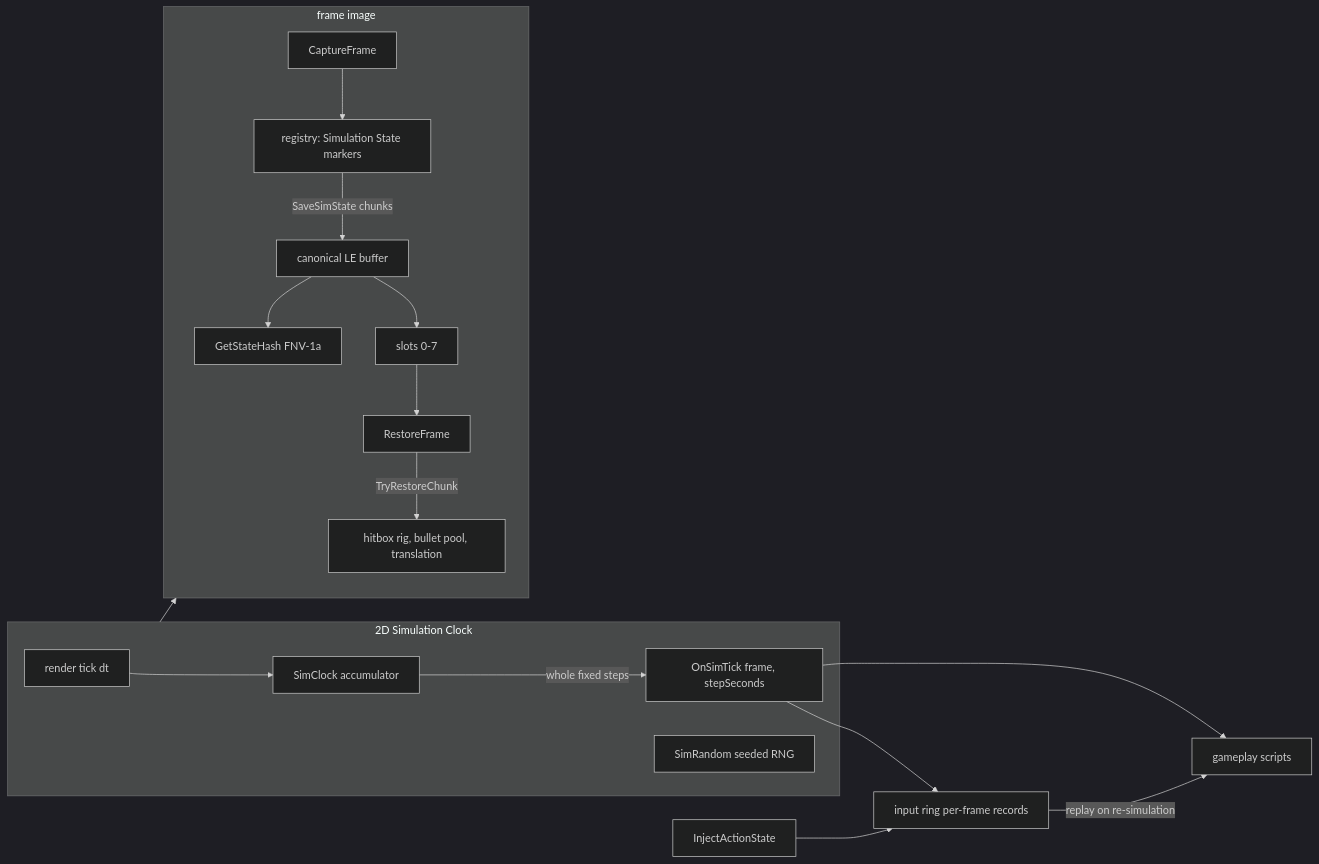
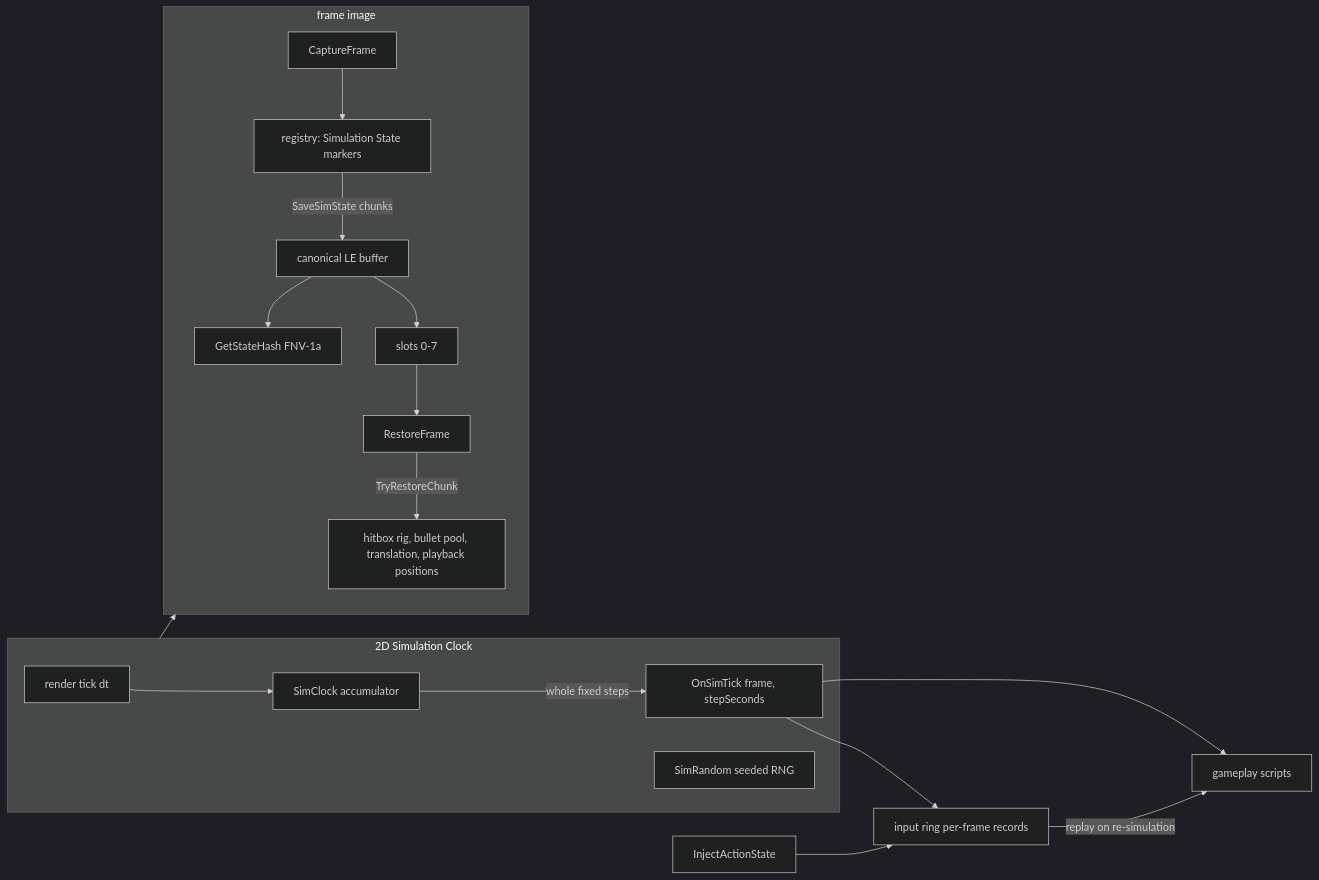
Before and after one commit to KylerSF/o3de-diorama: the sixth of 6 diagrams in Docs/architecture.md, drawn with Mermaid (dark theme). The commit also changed other lines of this file and 32 other files, not shown here.

````diff
--- a/Docs/architecture.md
+++ b/Docs/architecture.md
@@ -407,24 +407,24 @@
 ```mermaid
 flowchart LR
     subgraph clock [2D Simulation Clock]
         TICK[render tick dt] --> ACC[SimClock accumulator]
         ACC -->|whole fixed steps| SIM[OnSimTick frame, stepSeconds]
         RNG[SimRandom seeded RNG]
     end
 
     SIM --> GP[gameplay scripts]
     SIM --> RING[input ring per-frame records]
     INJ[InjectActionState] --> RING
     RING -->|replay on re-simulation| GP
 
     subgraph snapshot [frame image]
         CAP[CaptureFrame] --> REG[registry: Simulation State markers]
         REG -->|SaveSimState chunks| BUF[canonical LE buffer]
         BUF --> HASH[GetStateHash FNV-1a]
         BUF --> SLOTS[slots 0-7]
         SLOTS --> RES[RestoreFrame]
-        RES -->|TryRestoreChunk| COMP[hitbox rig, bullet pool, translation]
+        RES -->|TryRestoreChunk| COMP[hitbox rig, bullet pool, translation, playback positions]
     end
 
     clock --> snapshot
 ```
````
